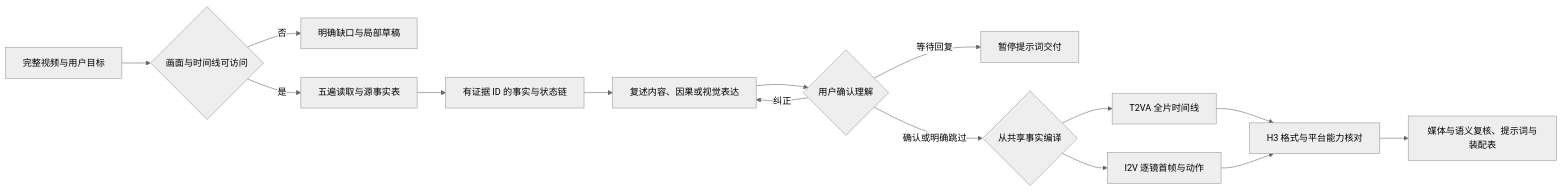
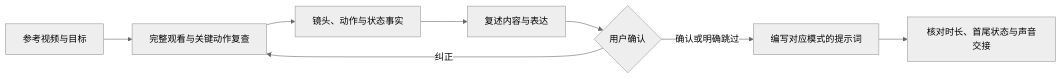
One commit to gnipbao/minimax-h3-video-reverse-skill changed the diagram in README.md. Above: the diagram before and after it, drawn with Mermaid (neutral theme). The commit also changed other lines of this file, not shown here.

````diff
--- a/README.md
+++ b/README.md
@@ -69,17 +111,10 @@
 ```mermaid
 flowchart LR
-  A[完整视频与用户目标] --> B{画面与时间线可访问}
-  B -->|否| C[明确缺口与局部草稿]
-  B -->|是| D[五遍读取与源事实表]
-  D --> E[有证据 ID 的事实与状态链]
-  E --> K[复述内容、因果或视觉表达]
-  K --> L{用户确认理解}
-  L -->|纠正| K
-  L -->|等待回复| M[暂停提示词交付]
-  L -->|确认或明确跳过| F{从共享事实编译}
-  F --> G[T2VA 全片时间线]
-  F --> H[I2V 逐镜首帧与动作]
-  G --> I[H3 格式与平台能力核对]
-  H --> I
-  I --> J[媒体与语义复核、提示词与装配表]
+  A[参考视频与目标] --> B[完整观看与关键动作复查]
+  B --> C[镜头、动作与状态事实]
+  C --> D[复述内容与表达]
+  D --> E{用户确认}
+  E -->|纠正| B
+  E -->|确认或明确跳过| F[编写对应模式的提示词]
+  F --> G[核对时长、首尾状态与声音交接]
 ```
````
